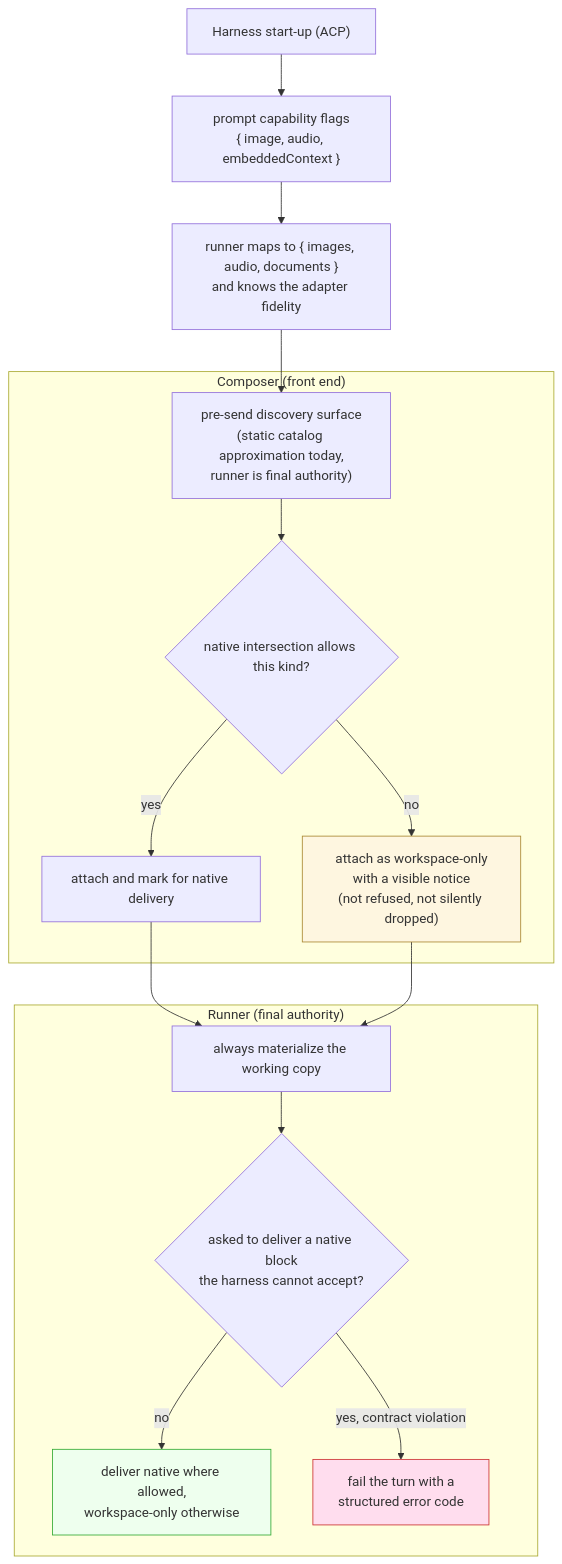
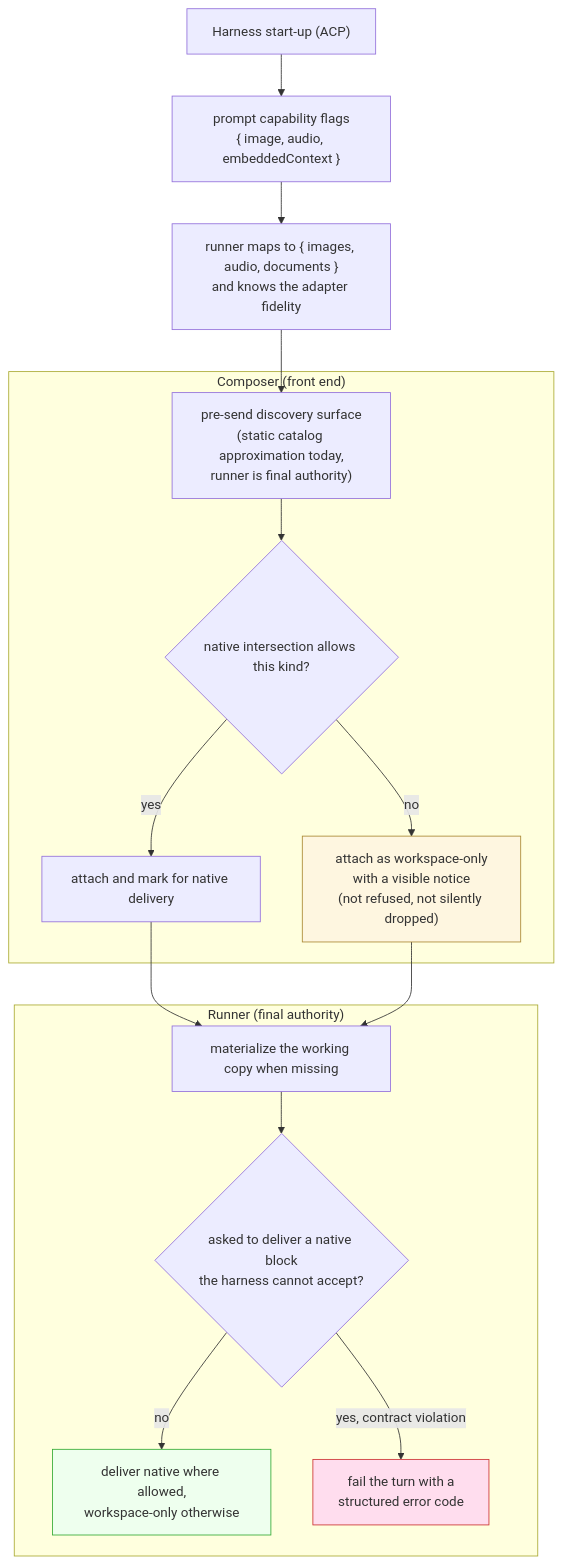
Before and after one commit to nightcityblade/agenta: the fifth of 8 diagrams in docs/design/agent-workflows/projects/agent-multi-modality/design.md, drawn with Mermaid. The commit also changed other lines of this file and 7 other files, not shown here.

````diff
--- a/docs/design/agent-workflows/projects/agent-multi-modality/design.md
+++ b/docs/design/agent-workflows/projects/agent-multi-modality/design.md
@@ -454,24 +457,24 @@
 ```mermaid
 flowchart TD
     A["Harness start-up (ACP)"] --> B["prompt capability flags<br/>{ image, audio, embeddedContext }"]
     B --> C["runner maps to { images, audio, documents }<br/>and knows the adapter fidelity"]
     C --> D["pre-send discovery surface<br/>(static catalog approximation today,<br/>runner is final authority)"]
 
     subgraph fe["Composer (front end)"]
         D --> E{native intersection allows this kind?}
         E -->|yes| F["attach and mark for native delivery"]
         E -->|no| G["attach as workspace-only<br/>with a visible notice<br/>(not refused, not silently dropped)"]
     end
 
     subgraph run["Runner (final authority)"]
-        F --> H["always materialize the working copy"]
+        F --> H["materialize the working copy when missing"]
         G --> H
         H --> I{asked to deliver a native block<br/>the harness cannot accept?}
         I -->|no| J["deliver native where allowed,<br/>workspace-only otherwise"]
         I -->|yes, contract violation| K["fail the turn with a<br/>structured error code"]
     end
 
     style G fill:#fef6e0,stroke:#a83
     style K fill:#fde,stroke:#c33
     style J fill:#efe,stroke:#3a3
 ```
````
